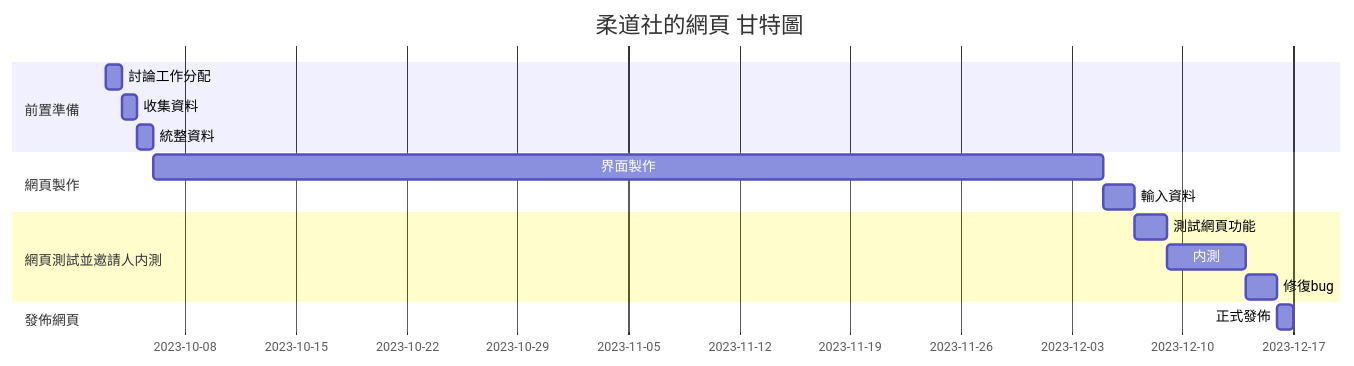
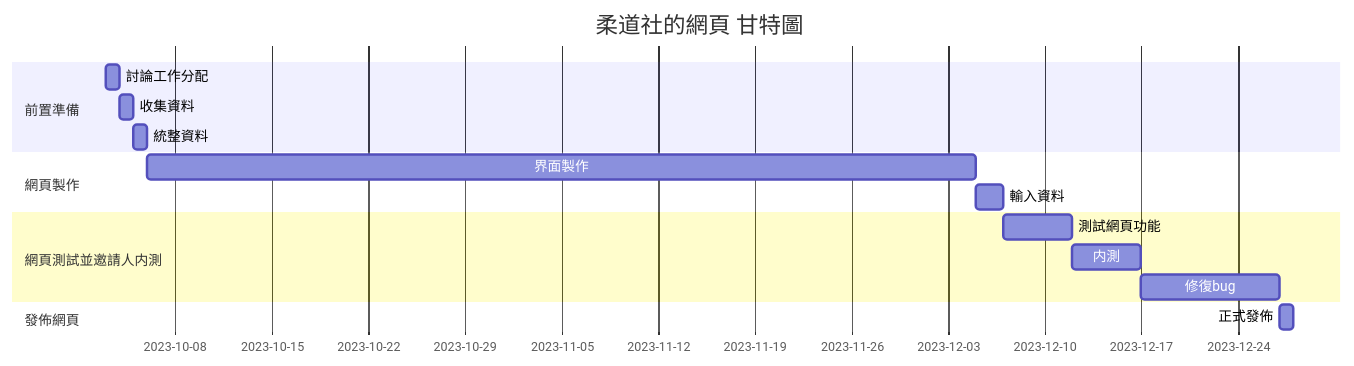
One commit to azsx1674/SAaDT changed the diagram in README.md. Above: the diagram before and after it, drawn with Mermaid.

````diff
--- a/README.md
+++ b/README.md
@@ -23,18 +23,18 @@
 ```mermaid
 gantt
     title 柔道社的網頁 甘特圖
     dateFormat  YYYY-MM-DD
     section 前置準備
     討論工作分配           :a1, 2023-10-03, 1d
     收集資料     :a2, after a1  , 1d
     統整資料     :a3, after a2  , 1d
     section 網頁製作
     界面製作     :a4, after a3  , 60d
     輸入資料      :a5, after a4  , 2d
     section 網頁測試並邀請人内測
-    測試網頁功能      :a6, after a5  , 2d
+    測試網頁功能      :a6, after a5  , 5d
     内測        :a7, after a6, 5d
-    修復bug      :a8, after a7, 2d
+    修復bug      :a8, after a7, 10d
     section 發佈網頁
     正式發佈     :a9, after a8, 1d
 ```
````
